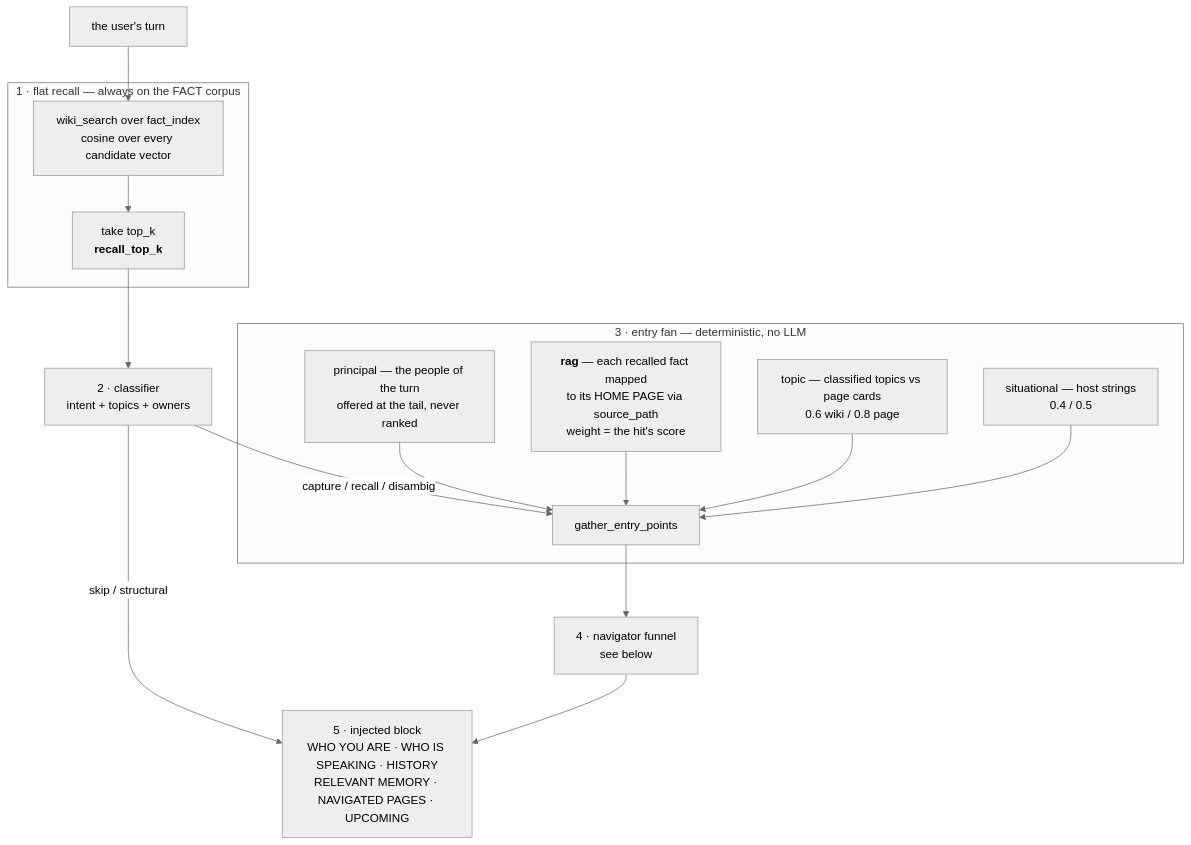
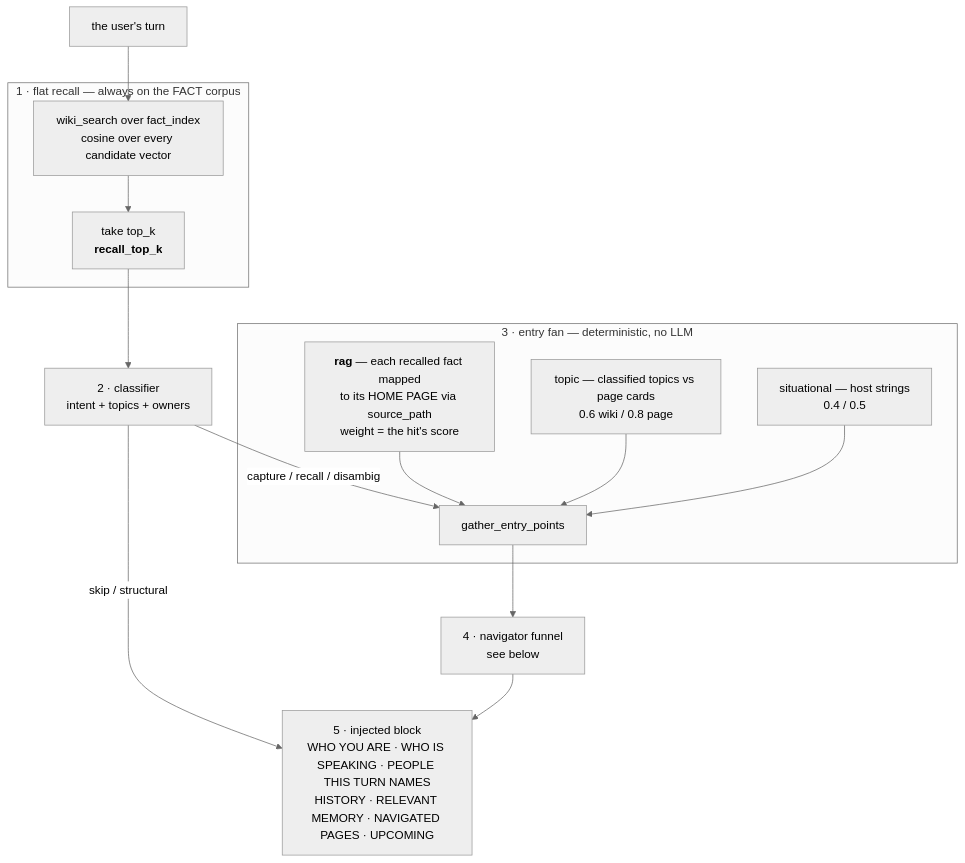
One commit to Fr4nZ82/mwe-mcp changed the first of 2 diagrams in docs/design-notes/recall-pipeline.md. Above: the diagram before and after it, drawn with Mermaid (neutral theme). The commit also changed other lines of this file and 18 other files, not shown here.

````diff
--- a/docs/design-notes/recall-pipeline.md
+++ b/docs/design-notes/recall-pipeline.md
@@ -20,24 +20,23 @@
 ```mermaid
 flowchart TB
     T["the user's turn"] --> RAG
 
     subgraph P1["1 · flat recall — always on the FACT corpus"]
         RAG["wiki_search over fact_index<br/>cosine over every candidate vector"]
         RAG --> TOPK["take top_k<br/><b>recall_top_k</b>"]
     end
 
     TOPK --> CLS["2 · classifier<br/>intent + topics + owners"]
     CLS -->|"capture / recall / disambig"| FAN
     CLS -->|"skip / structural"| BLOCK
 
     subgraph P3["3 · entry fan — deterministic, no LLM"]
         FAN["gather_entry_points"]
-        S1["principal — the people of the turn<br/>offered at the tail, never ranked"] --> FAN
         S2["<b>rag</b> — each recalled fact mapped<br/>to its HOME PAGE via source_path<br/>weight = the hit's score"] --> FAN
         S3["topic — classified topics vs page cards<br/>0.6 wiki / 0.8 page"] --> FAN
         S4["situational — host strings<br/>0.4 / 0.5"] --> FAN
     end
 
     FAN --> NAV["4 · navigator funnel<br/>see below"]
-    NAV --> BLOCK["5 · injected block<br/>WHO YOU ARE · WHO IS SPEAKING · HISTORY<br/>RELEVANT MEMORY · NAVIGATED PAGES · UPCOMING"]
+    NAV --> BLOCK["5 · injected block<br/>WHO YOU ARE · WHO IS SPEAKING · PEOPLE THIS TURN NAMES<br/>HISTORY · RELEVANT MEMORY · NAVIGATED PAGES · UPCOMING"]
 ```
````
